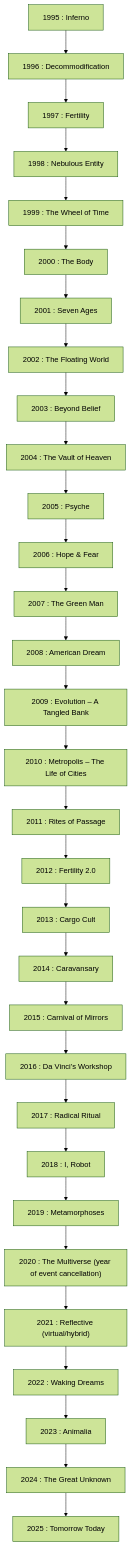
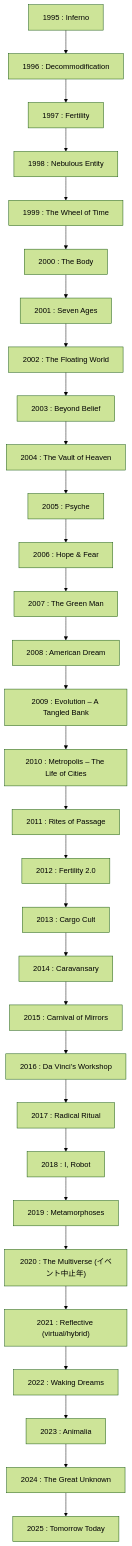
The diagram in en/_posts/2025-09-28-Column-Burningman.md (monumental-movement/monumental-movement.github.io), drawn with Mermaid (forest theme) before and after one commit. The commit also changed other lines of this file and 775 other files, not shown here.

```diff
--- a/en/_posts/2025-09-28-Column-Burningman.md
+++ b/en/_posts/2025-09-28-Column-Burningman.md
@@ -122,34 +121,34 @@
 <div class="mermaid">
 flowchart TD
     A1995["1995 : Inferno"] --> A1996["1996 : Decommodification"]
     A1996 --> A1997["1997 : Fertility"]
     A1997 --> A1998["1998 : Nebulous Entity"]
     A1998 --> A1999["1999 : The Wheel of Time"]
     A1999 --> A2000["2000 : The Body"]
     A2000 --> A2001["2001 : Seven Ages"]
     A2001 --> A2002["2002 : The Floating World"]
     A2002 --> A2003["2003 : Beyond Belief"]
     A2003 --> A2004["2004 : The Vault of Heaven"]
     A2004 --> A2005["2005 : Psyche"]
     A2005 --> A2006["2006 : Hope & Fear"]
     A2006 --> A2007["2007 : The Green Man"]
     A2007 --> A2008["2008 : American Dream"]
     A2008 --> A2009["2009 : Evolution – A Tangled Bank"]
     A2009 --> A2010["2010 : Metropolis – The Life of Cities"]
     A2010 --> A2011["2011 : Rites of Passage"]
     A2011 --> A2012["2012 : Fertility 2.0"]
     A2012 --> A2013["2013 : Cargo Cult"]
     A2013 --> A2014["2014 : Caravansary"]
     A2014 --> A2015["2015 : Carnival of Mirrors"]
     A2015 --> A2016["2016 : Da Vinci’s Workshop"]
     A2016 --> A2017["2017 : Radical Ritual"]
     A2017 --> A2018["2018 : I, Robot"]
     A2018 --> A2019["2019 : Metamorphoses"]
-    A2019 --> A2020["2020 : The Multiverse (year of event cancellation)"]
+    A2019 --> A2020["2020 : The Multiverse (イベント中止年)"]
     A2020 --> A2021["2021 : Reflective (virtual/hybrid)"]
     A2021 --> A2022["2022 : Waking Dreams"]
     A2022 --> A2023["2023 : Animalia"]
     A2023 --> A2024["2024 : The Great Unknown"]
     A2024 --> A2025["2025 : Tomorrow Today"]
 
 </div>
```
